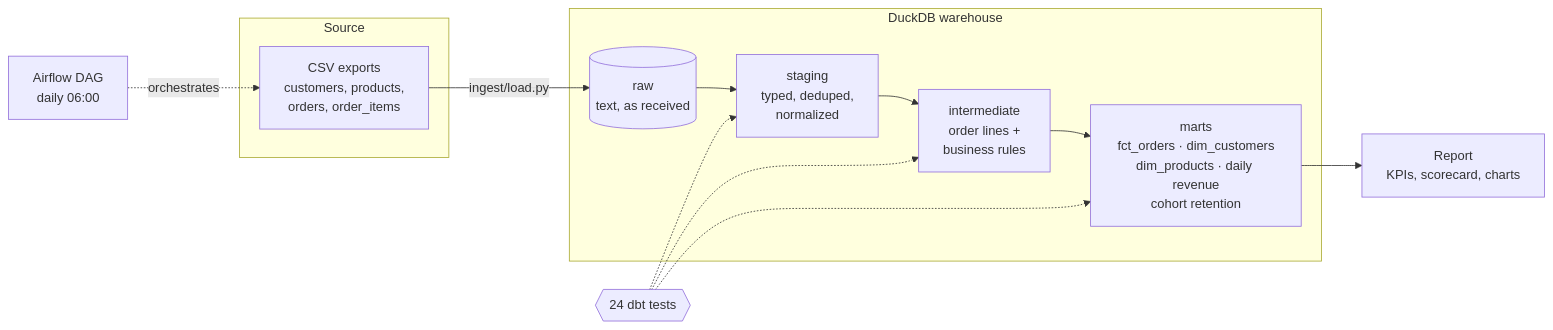
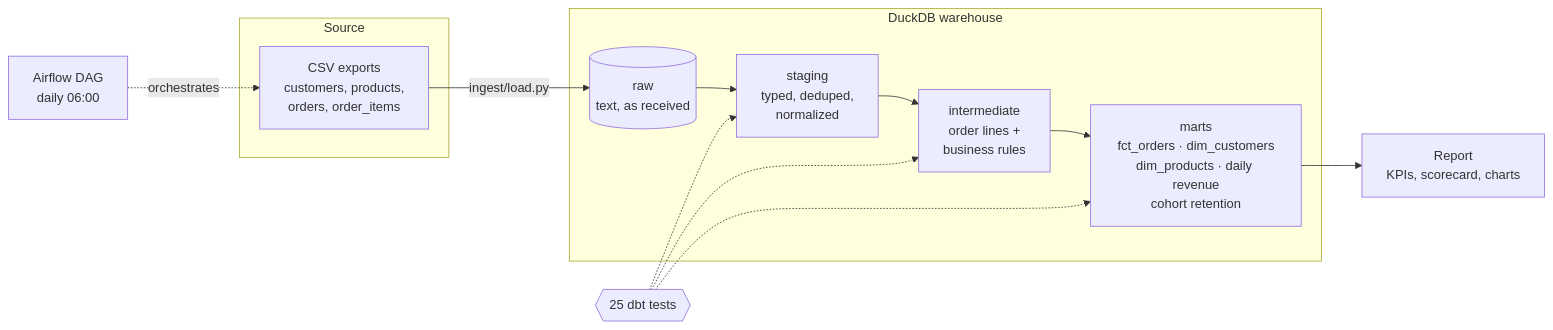
The diagram in README.md (Bellomk77/retail-data-pipeline), drawn with Mermaid before and after one commit. The commit also changed other lines of this file and 1 other file, not shown here.

Commit message:
Add dbt revenue reconciliation test

````diff
--- a/README.md
+++ b/README.md
@@ -31,16 +31,16 @@
 ```mermaid
 flowchart LR
     subgraph Source
       A[CSV exports<br/>customers, products,<br/>orders, order_items]
     end
     subgraph DuckDB warehouse
       B[(raw<br/>text, as received)]
       C[staging<br/>typed, deduped,<br/>normalized]
       D[intermediate<br/>order lines +<br/>business rules]
       E[marts<br/>fct_orders · dim_customers<br/>dim_products · daily revenue<br/>cohort retention]
     end
     A -->|ingest/load.py| B --> C --> D --> E
     E --> R[Report<br/>KPIs, scorecard, charts]
-    T{{24 dbt tests}} -.-> C & D & E
+    T{{25 dbt tests}} -.-> C & D & E
     AF[Airflow DAG<br/>daily 06:00] -.orchestrates.-> A
 ```
````
